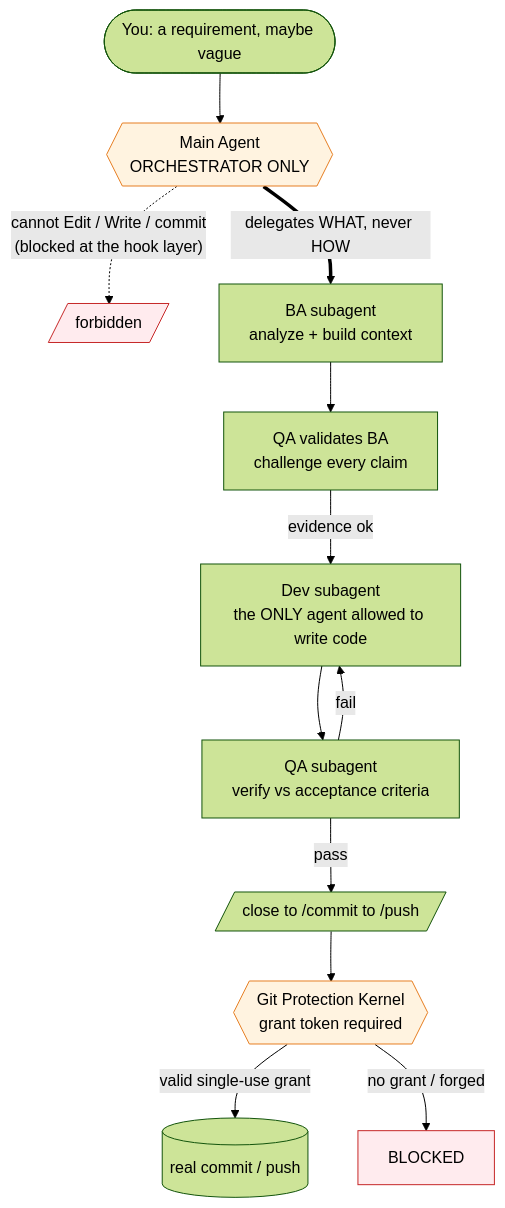
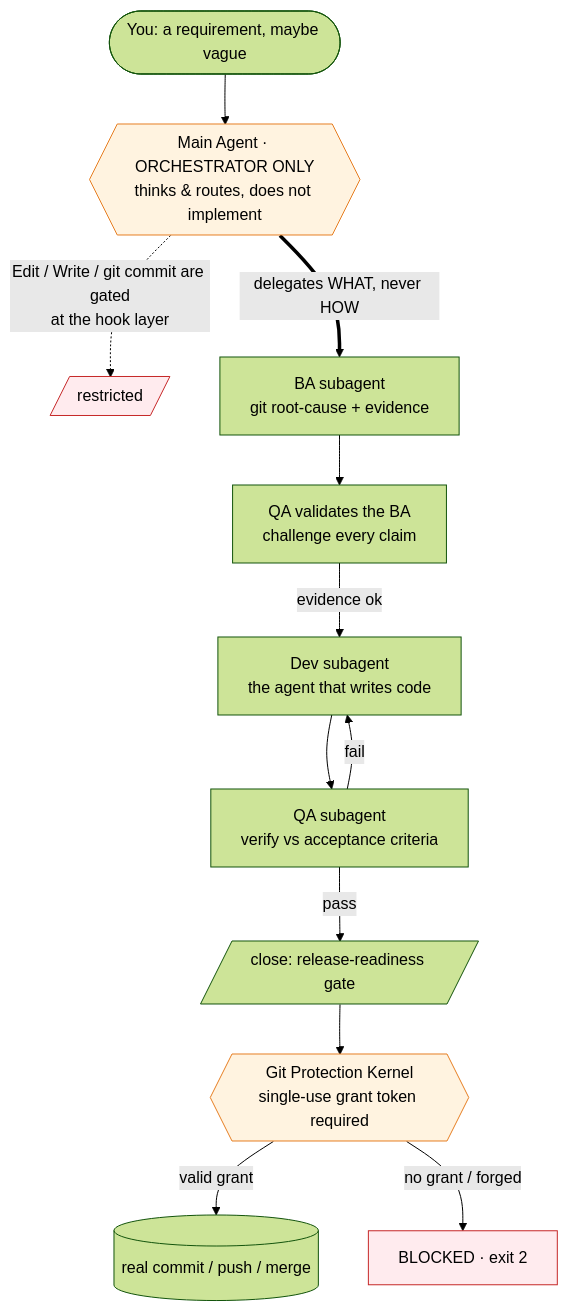
The first of 3 diagrams in README.md (Yugoge/awesome-claude-harness), drawn with Mermaid (forest theme) before and after one commit. The commit also changed other lines of this file and 29 other files, not shown here.

````diff
--- a/README.md
+++ b/README.md
@@ -40,22 +44,22 @@
 ```mermaid
 flowchart TD
-    U([You: a requirement, maybe vague]) --> O{{Main Agent<br/>ORCHESTRATOR ONLY}}
+    U([You: a requirement, maybe vague]) --> O{{Main Agent · ORCHESTRATOR ONLY<br/>thinks &amp; routes, does not implement}}
 
-    O -. "cannot Edit / Write / commit<br/>(blocked at the hook layer)" .-> X[/forbidden/]
+    O -. "Edit / Write / git commit are gated<br/>at the hook layer" .-> X[/restricted/]
 
-    O ==>|delegates WHAT, never HOW| BA[BA subagent<br/>analyze + build context]
-    BA --> QV[QA validates BA<br/>challenge every claim]
-    QV -->|evidence ok| DEV[Dev subagent<br/>the ONLY agent allowed to write code]
+    O ==>|delegates WHAT, never HOW| BA[BA subagent<br/>git root-cause + evidence]
+    BA --> QV[QA validates the BA<br/>challenge every claim]
+    QV -->|evidence ok| DEV[Dev subagent<br/>the agent that writes code]
     DEV --> QA[QA subagent<br/>verify vs acceptance criteria]
     QA -->|fail| DEV
-    QA -->|pass| CLOSE[/close to /commit to /push/]
+    QA -->|pass| CLOSE[/close: release-readiness gate/]
 
-    CLOSE --> GATE{{Git Protection Kernel<br/>grant token required}}
-    GATE -->|valid single-use grant| GIT[(real commit / push)]
-    GATE -->|no grant / forged| BLOCK[BLOCKED]
+    CLOSE --> GATE{{Git Protection Kernel<br/>single-use grant token required}}
+    GATE -->|valid grant| GIT[(real commit / push / merge)]
+    GATE -->|no grant / forged| BLOCK[BLOCKED · exit 2]
 
-    classDef forbidden fill:#ffebee,stroke:#c62828
+    classDef restricted fill:#ffebee,stroke:#c62828
     classDef gate fill:#fff3e0,stroke:#e67e22
-    class X,BLOCK forbidden
+    class X,BLOCK restricted
     class O,GATE gate
 ```
````
